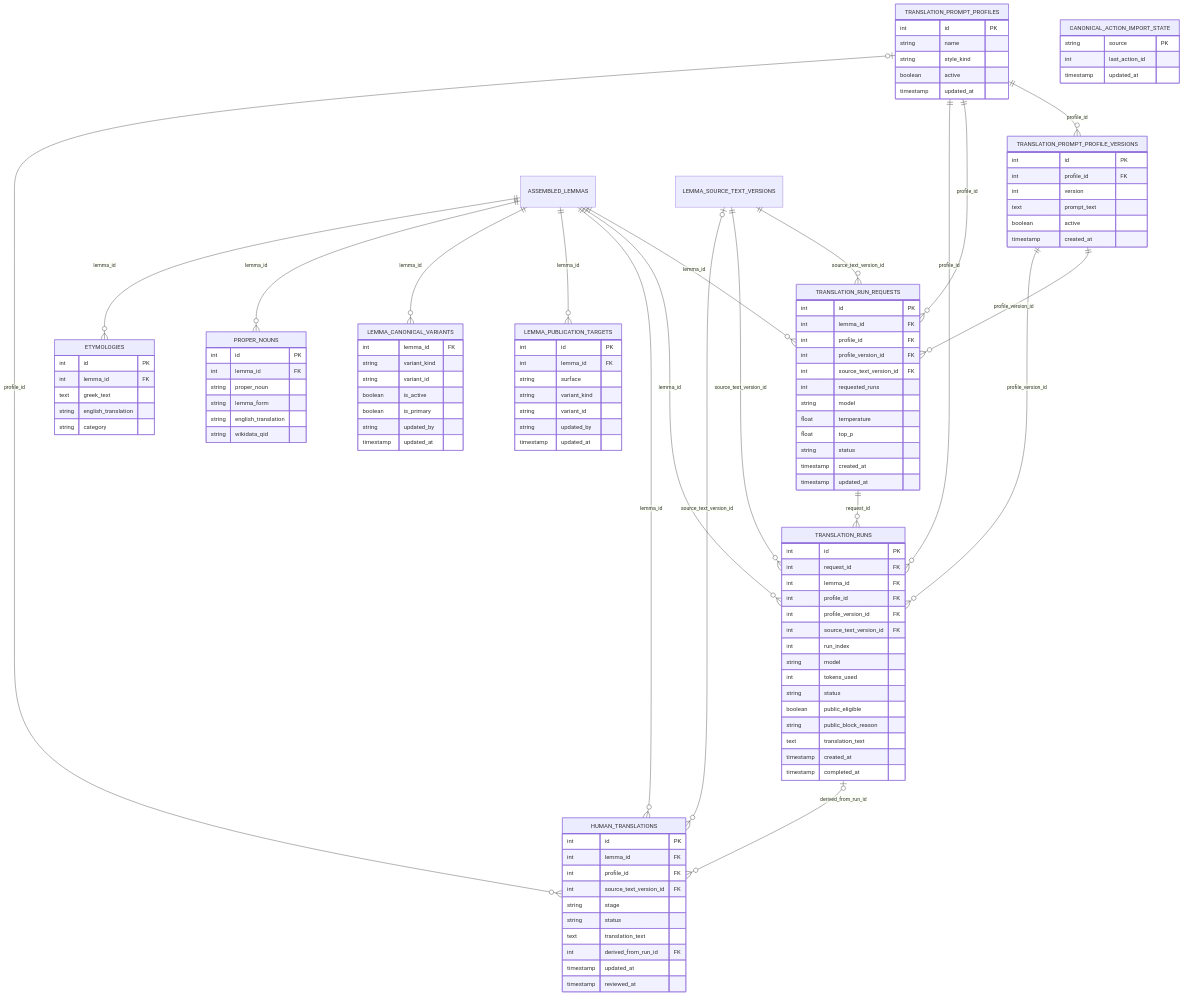
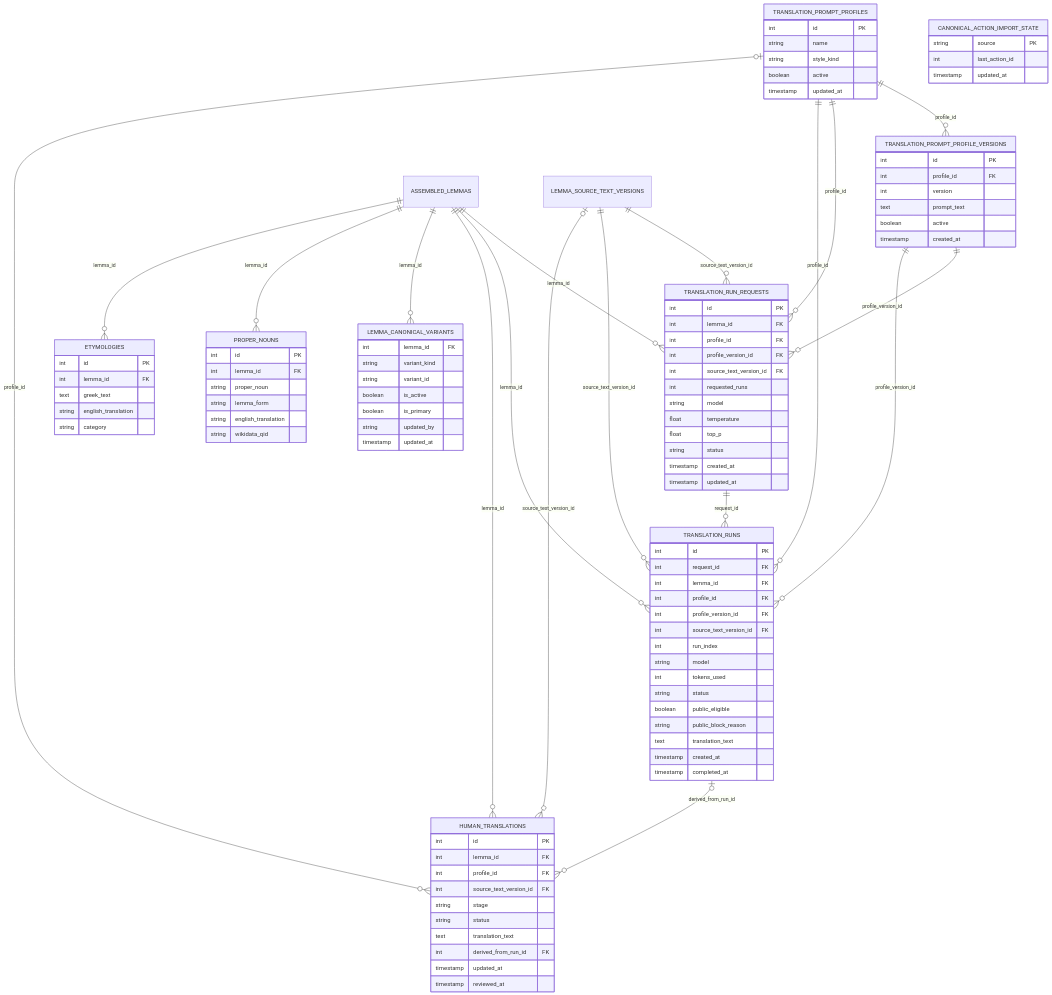
One commit to solresol/stephanos changed the third of 3 diagrams in DATABASE_ERD.md. Above: the diagram before and after it, drawn with Mermaid. The commit also changed other lines of this file and 11 other files, not shown here.

```diff
--- a/DATABASE_ERD.md
+++ b/DATABASE_ERD.md
@@ -230,7 +230,6 @@
     LEMMA_SOURCE_TEXT_VERSIONS o|--o{ HUMAN_TRANSLATIONS : source_text_version_id
     TRANSLATION_RUNS o|--o{ HUMAN_TRANSLATIONS : derived_from_run_id
 
-    ASSEMBLED_LEMMAS ||--o{ LEMMA_PUBLICATION_TARGETS : lemma_id
     ASSEMBLED_LEMMAS ||--o{ LEMMA_CANONICAL_VARIANTS : lemma_id
 
     ASSEMBLED_LEMMAS ||--o{ PROPER_NOUNS : lemma_id
@@ -299,16 +298,6 @@
         timestamp reviewed_at
     }
 
-    LEMMA_PUBLICATION_TARGETS {
-        int id PK
-        int lemma_id FK
-        string surface
-        string variant_kind
-        string variant_id
-        string updated_by
-        timestamp updated_at
-    }
-
     LEMMA_CANONICAL_VARIANTS {
         int lemma_id FK
         string variant_kind
```
